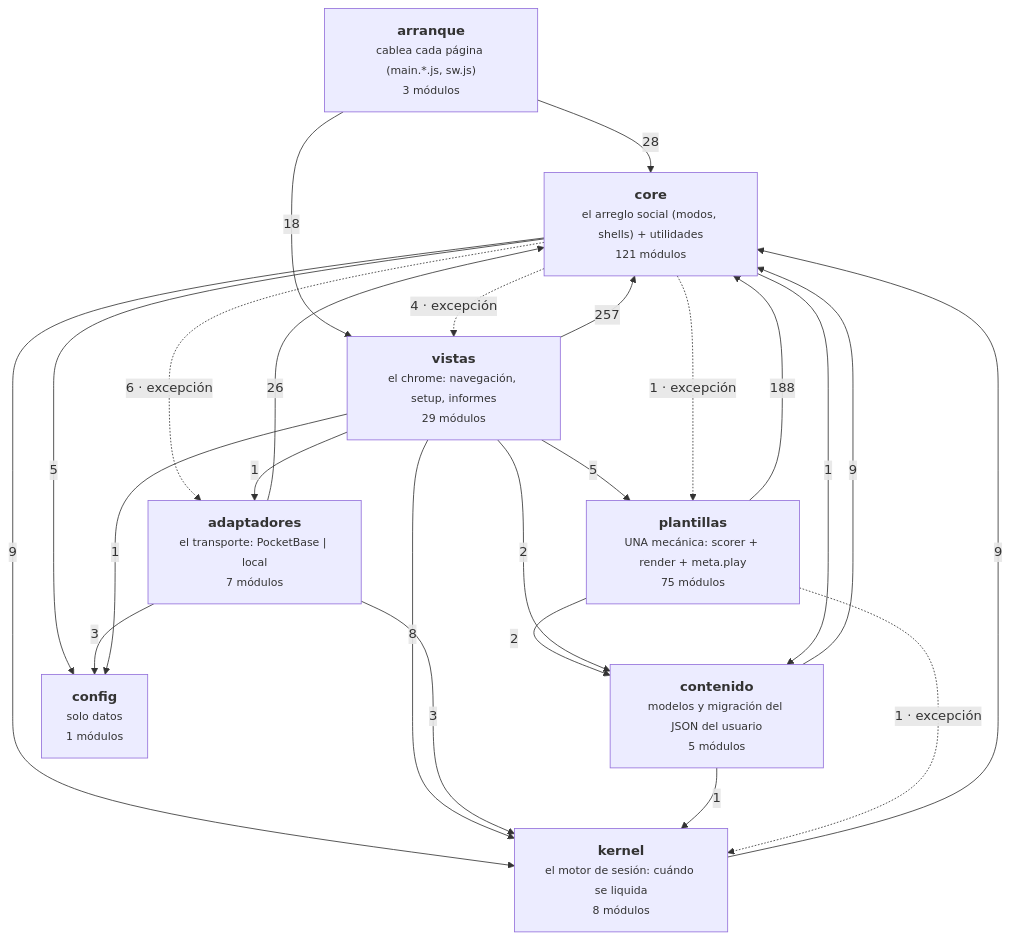
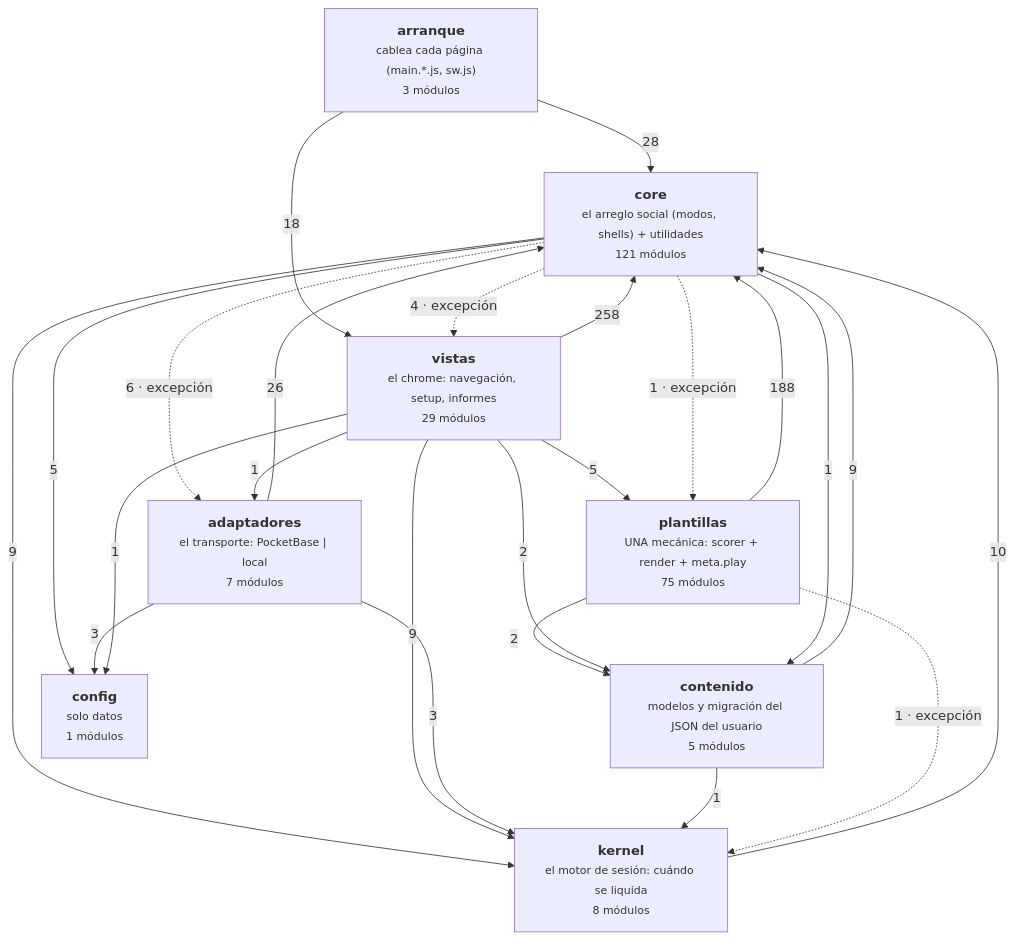
The diagram in docs/arquitectura-modulos.md (duecaz/ac), drawn with Mermaid before and after one commit. The commit also changed other lines of this file and 8 other files, not shown here.

````diff
--- a/docs/arquitectura-modulos.md
+++ b/docs/arquitectura-modulos.md
@@ -49,34 +49,34 @@
 ```mermaid
 graph TD
   A["<b>arranque</b><br/><small>cablea cada página (main.*.js, sw.js)</small><br/><small>3 módulos</small>"]
   V["<b>vistas</b><br/><small>el chrome: navegación, setup, informes</small><br/><small>29 módulos</small>"]
   AD["<b>adaptadores</b><br/><small>el transporte: PocketBase | local</small><br/><small>7 módulos</small>"]
   C["<b>core</b><br/><small>el arreglo social (modos, shells) + utilidades</small><br/><small>121 módulos</small>"]
   K["<b>kernel</b><br/><small>el motor de sesión: cuándo se liquida</small><br/><small>8 módulos</small>"]
   T["<b>plantillas</b><br/><small>UNA mecánica: scorer + render + meta.play</small><br/><small>75 módulos</small>"]
   CO["<b>contenido</b><br/><small>modelos y migración del JSON del usuario</small><br/><small>5 módulos</small>"]
   CF["<b>config</b><br/><small>solo datos</small><br/><small>1 módulos</small>"]
-  V -->|257| C
+  V -->|258| C
   T -->|188| C
   A -->|28| C
   AD -->|26| C
   A -->|18| V
+  K -->|10| C
   C -->|9| K
   CO -->|9| C
-  K -->|9| C
-  V -->|8| K
+  V -->|9| K
   C -.->|6 · excepción| AD
   C -->|5| CF
   V -->|5| T
   C -.->|4 · excepción| V
   AD -->|3| CF
   AD -->|3| K
   T -->|2| CO
   V -->|2| CO
   C -.->|1 · excepción| T
   C -->|1| CO
   CO -->|1| K
   T -.->|1 · excepción| K
   V -->|1| AD
   V -->|1| CF
 ```
````
